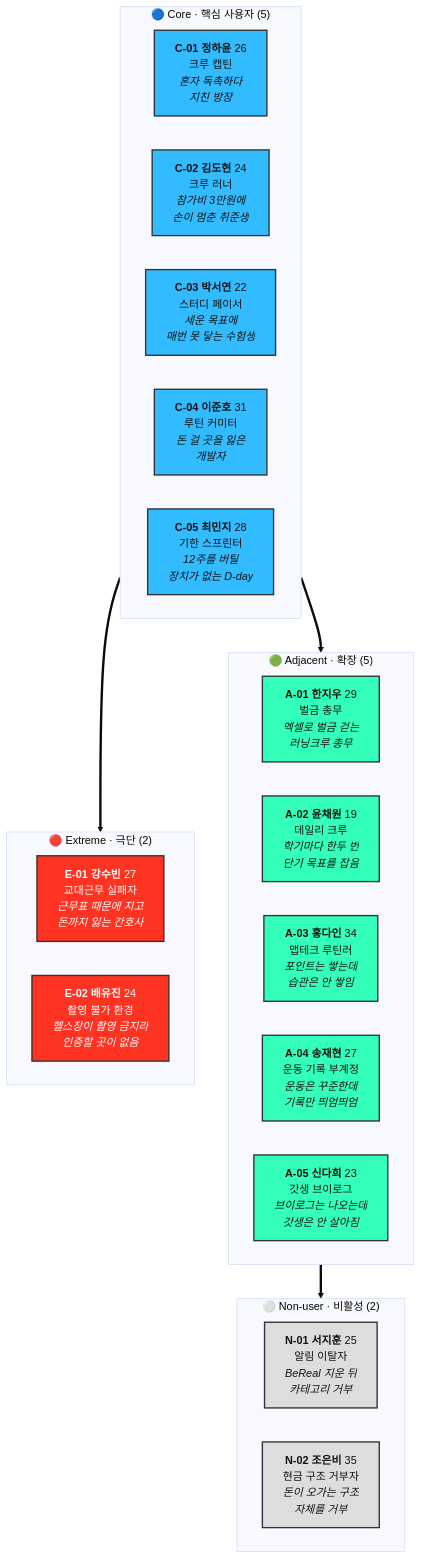
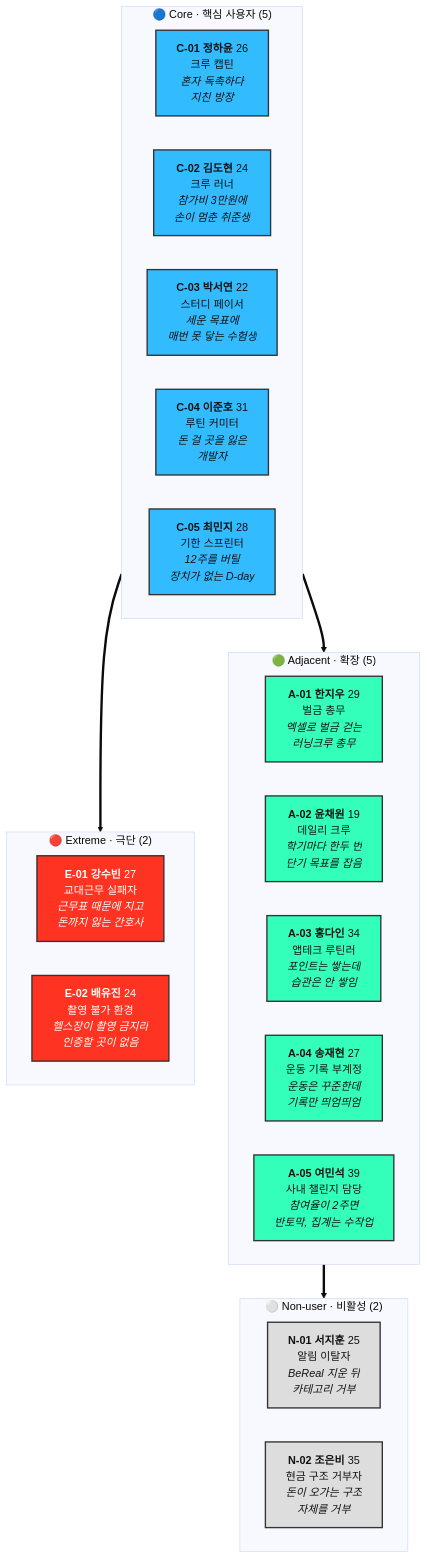
The second of 2 diagrams in 05-personas/persona-02-spectrum.md (new-rim/business-research-practice-2026-sesac), drawn with Mermaid (base theme) before and after one commit. The commit also changed other lines of this file, not shown here.

````diff
--- a/05-personas/persona-02-spectrum.md
+++ b/05-personas/persona-02-spectrum.md
@@ -76,41 +77,41 @@
 ```mermaid
 graph TB
     subgraph CORE["🔵 Core · 핵심 사용자 (5)"]
         direction LR
         C1["<b>C-01 정하윤</b> 26<br/>크루 캡틴<br/><i>혼자 독촉하다<br/>지친 방장</i>"]:::core
         C2["<b>C-02 김도현</b> 24<br/>크루 러너<br/><i>참가비 3만원에<br/>손이 멈춘 취준생</i>"]:::core
         C3["<b>C-03 박서연</b> 22<br/>스터디 페이서<br/><i>세운 목표에<br/>매번 못 닿는 수험생</i>"]:::core
         C4["<b>C-04 이준호</b> 31<br/>루틴 커미터<br/><i>돈 걸 곳을 잃은<br/>개발자</i>"]:::core
         C5["<b>C-05 최민지</b> 28<br/>기한 스프린터<br/><i>12주를 버틸<br/>장치가 없는 D-day</i>"]:::core
     end
 
     subgraph ADJ["🟢 Adjacent · 확장 (5)"]
         direction LR
         A1["<b>A-01 한지우</b> 29<br/>벌금 총무<br/><i>엑셀로 벌금 걷는<br/>러닝크루 총무</i>"]:::adj
         A2["<b>A-02 윤채원</b> 19<br/>데일리 크루<br/><i>학기마다 한두 번<br/>단기 목표를 잡음</i>"]:::adj
         A3["<b>A-03 홍다인</b> 34<br/>앱테크 루틴러<br/><i>포인트는 쌓는데<br/>습관은 안 쌓임</i>"]:::adj
         A4["<b>A-04 송재현</b> 27<br/>운동 기록 부계정<br/><i>운동은 꾸준한데<br/>기록만 띄엄띄엄</i>"]:::adj
-        A5["<b>A-05 신다희</b> 23<br/>갓생 브이로그<br/><i>브이로그는 나오는데<br/>갓생은 안 살아짐</i>"]:::adj
+        A5["<b>A-05 여민석</b> 39<br/>사내 챌린지 담당<br/><i>참여율이 2주면<br/>반토막, 집계는 수작업</i>"]:::adj
     end
 
     subgraph EXT["🔴 Extreme · 극단 (2)"]
         direction LR
         E1["<b>E-01 강수빈</b> 27<br/>교대근무 실패자<br/><i>근무표 때문에 지고<br/>돈까지 잃는 간호사</i>"]:::ext
         E2["<b>E-02 배유진</b> 24<br/>촬영 불가 환경<br/><i>헬스장이 촬영 금지라<br/>인증할 곳이 없음</i>"]:::ext
     end
 
     subgraph NON["⚪ Non-user · 비활성 (2)"]
         direction LR
         N1["<b>N-01 서지훈</b> 25<br/>알림 이탈자<br/><i>BeReal 지운 뒤<br/>카테고리 거부</i>"]:::non
         N2["<b>N-02 조은비</b> 35<br/>현금 구조 거부자<br/><i>돈이 오가는 구조<br/>자체를 거부</i>"]:::non
     end
 
     CORE ==> ADJ
     CORE ==> EXT
     ADJ ==> NON
 
     classDef core fill:#33BBFF,stroke:#333,stroke-width:2px,color:#111;
     classDef adj fill:#33FFBB,stroke:#333,stroke-width:2px,color:#111;
     classDef ext fill:#FF3322,stroke:#333,stroke-width:2px,color:#fff;
     classDef non fill:#DDDDDD,stroke:#333,stroke-width:2px,color:#111;
 ```
````
